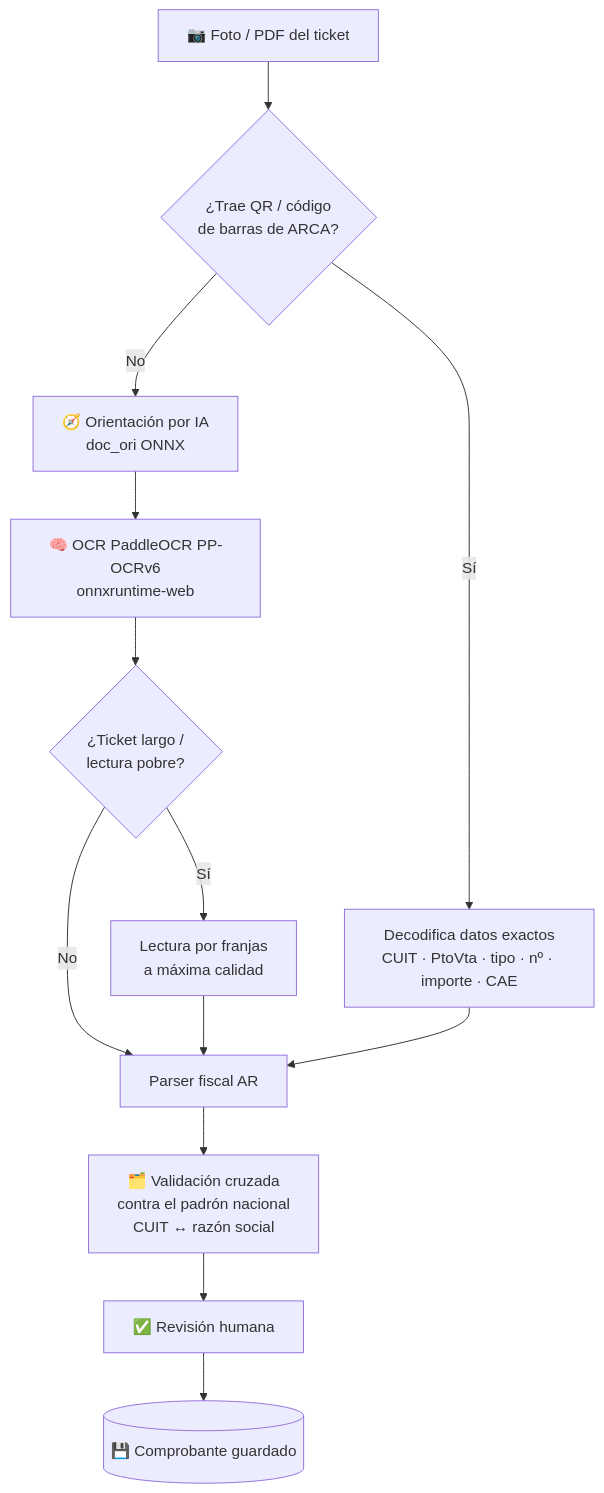
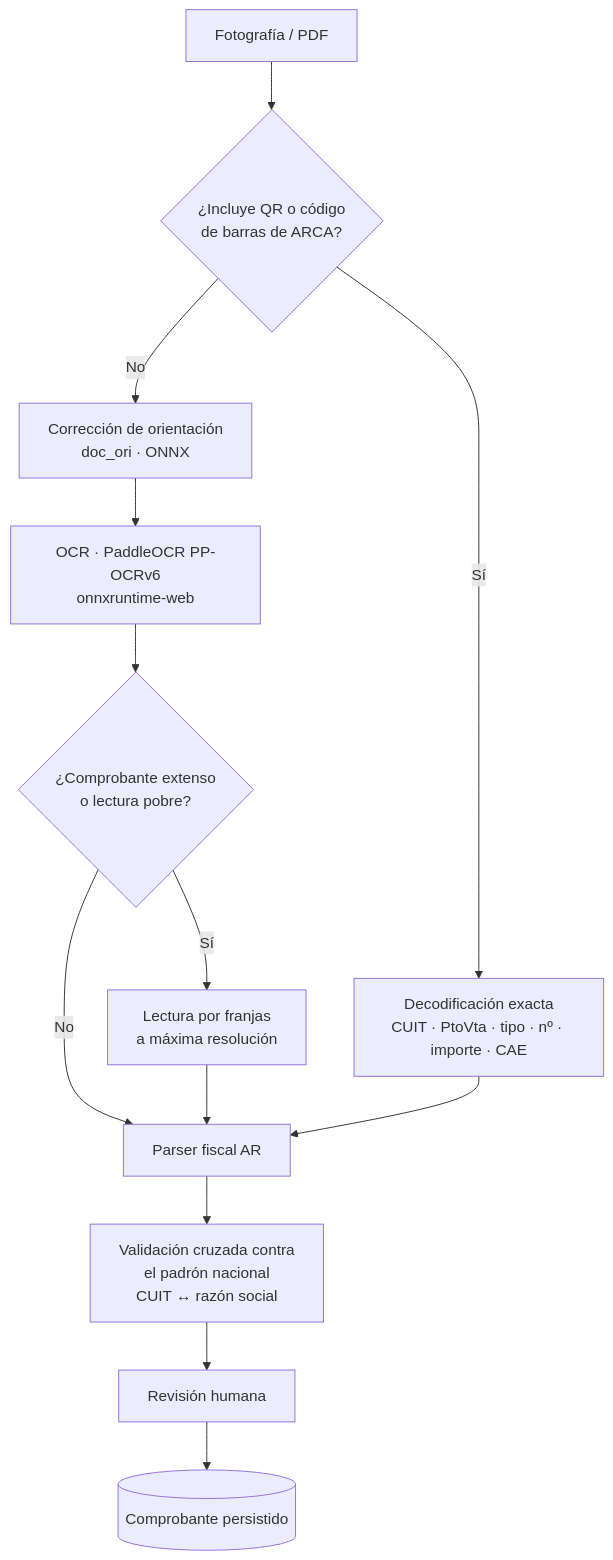
One commit to bsierra4262/rendicion-tickets changed the diagram in README.md. Above: the diagram before and after it, drawn with Mermaid. The commit also changed other lines of this file and 20 other files, not shown here.

````diff
--- a/README.md
+++ b/README.md
@@ -79,15 +65,15 @@
 ```mermaid
 flowchart TD
-    A[📷 Foto / PDF del ticket] --> B{¿Trae QR / código<br/>de barras de ARCA?}
-    B -- Sí --> C[Decodifica datos exactos<br/>CUIT · PtoVta · tipo · nº · importe · CAE]
-    B -- No --> D[🧭 Orientación por IA<br/>doc_ori ONNX]
-    D --> E[🧠 OCR PaddleOCR PP-OCRv6<br/>onnxruntime-web]
-    E --> F{¿Ticket largo /<br/>lectura pobre?}
-    F -- Sí --> G[Lectura por franjas<br/>a máxima calidad]
+    A[Fotografía / PDF] --> B{¿Incluye QR o código<br/>de barras de ARCA?}
+    B -- Sí --> C[Decodificación exacta<br/>CUIT · PtoVta · tipo · nº · importe · CAE]
+    B -- No --> D[Corrección de orientación<br/>doc_ori · ONNX]
+    D --> E[OCR · PaddleOCR PP-OCRv6<br/>onnxruntime-web]
+    E --> F{¿Comprobante extenso<br/>o lectura pobre?}
+    F -- Sí --> G[Lectura por franjas<br/>a máxima resolución]
     F -- No --> H[Parser fiscal AR]
     G --> H
     C --> H
-    H --> I[🗂️ Validación cruzada<br/>contra el padrón nacional<br/>CUIT ↔ razón social]
-    I --> J[✅ Revisión humana]
-    J --> K[(💾 Comprobante guardado)]
+    H --> I[Validación cruzada contra<br/>el padrón nacional<br/>CUIT ↔ razón social]
+    I --> J[Revisión humana]
+    J --> K[(Comprobante persistido)]
 ```
````
